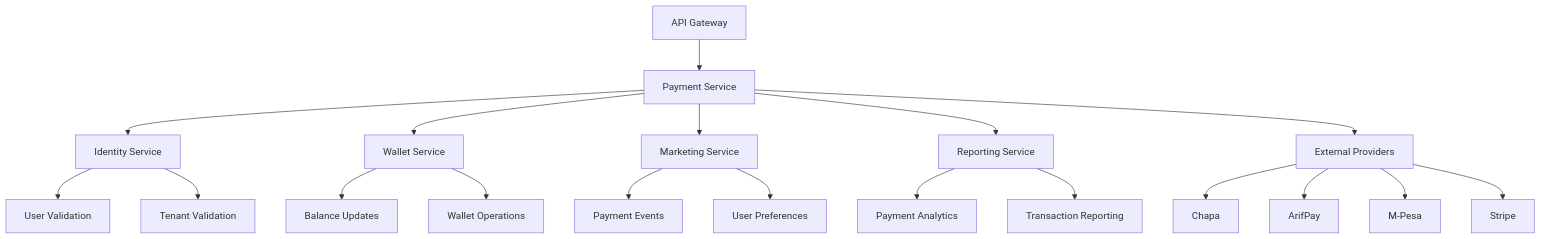
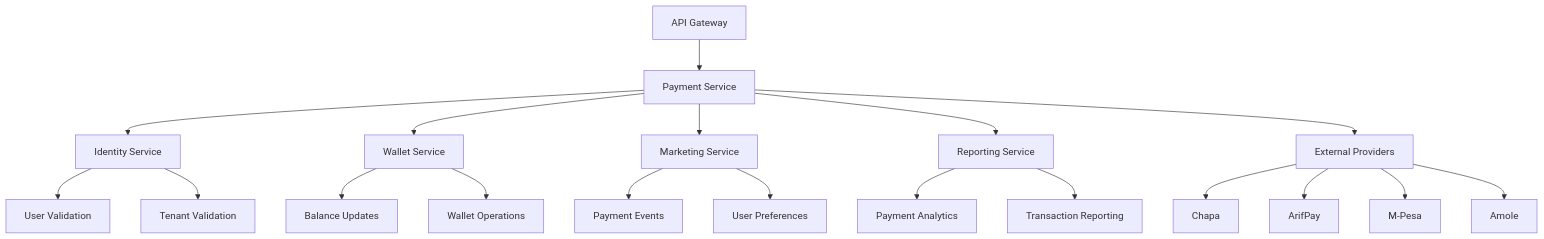
Before and after one commit to addisalemtafere/con-shred-lib: the second of 2 diagrams in er-diagram-schema/004_payment-service-er-diagram.md, drawn with Mermaid. The commit also changed other lines of this file and 1 other file, not shown here.

````diff
--- a/er-diagram-schema/004_payment-service-er-diagram.md
+++ b/er-diagram-schema/004_payment-service-er-diagram.md
@@ -1896,26 +2336,26 @@
 ```mermaid
 graph TD
     A[API Gateway] --> B[Payment Service]
     B --> C[Identity Service]
     B --> D[Wallet Service]
     B --> E[Marketing Service]
     B --> F[Reporting Service]
     B --> G[External Providers]
     
     C --> C1[User Validation]
     C --> C2[Tenant Validation]
     
     D --> D1[Balance Updates]
     D --> D2[Wallet Operations]
     
     E --> E1[Payment Events]
     E --> E2[User Preferences]
     
     F --> F1[Payment Analytics]
     F --> F2[Transaction Reporting]
     
     G --> G1[Chapa]
     G --> G2[ArifPay]
     G --> G3[M-Pesa]
-    G --> G4[Stripe]
+    G --> G4[Amole]
 ```
````
